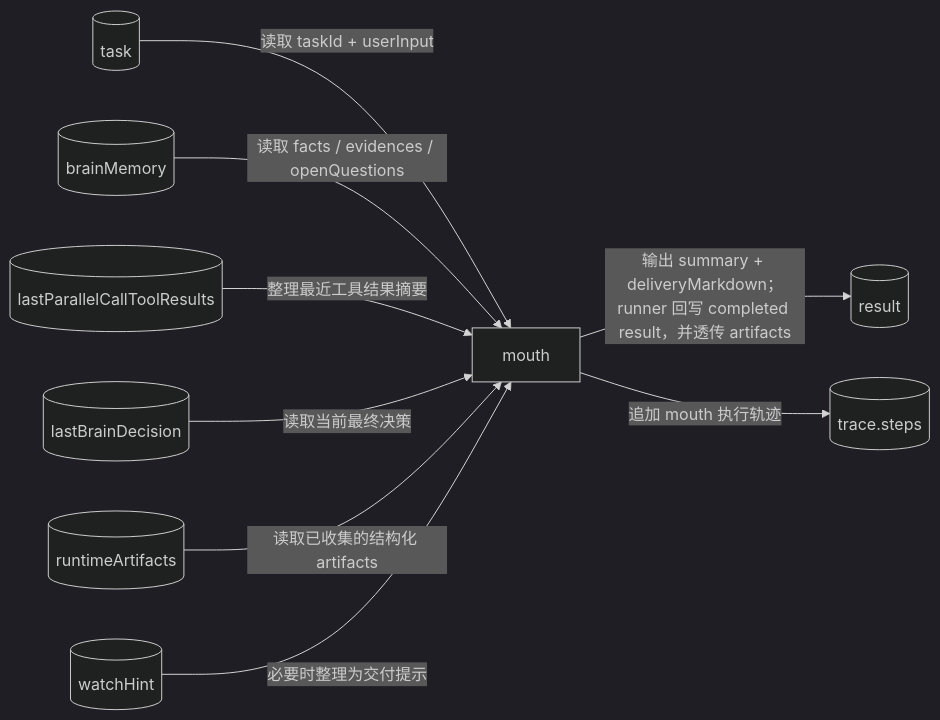
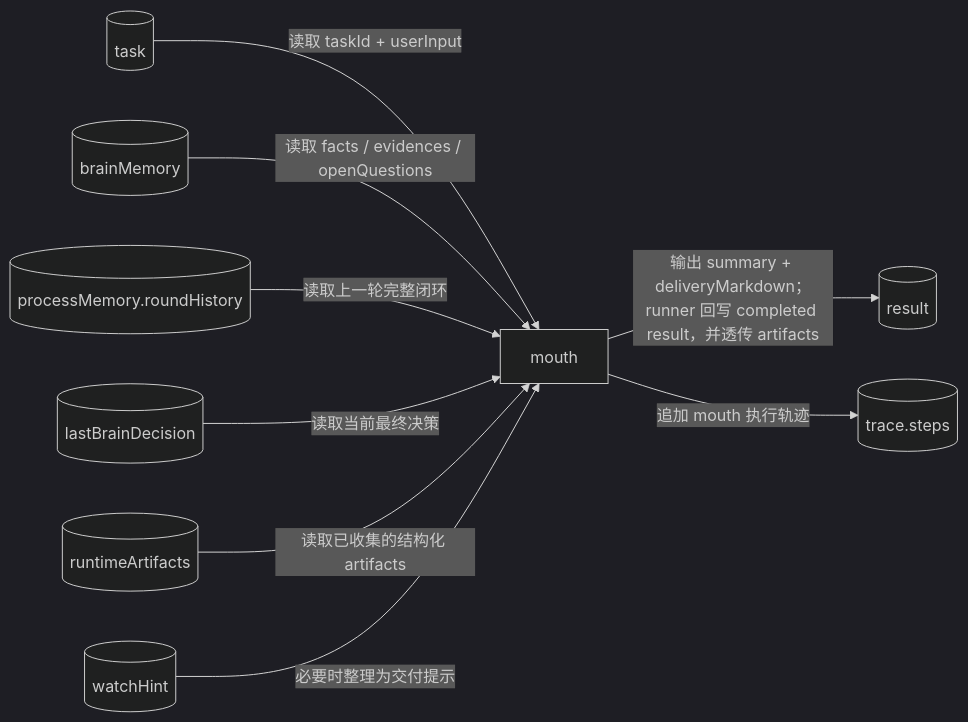
The seventh of 7 diagrams in doc/ai-design/data-definition-and-flow.md (Yoan98/Ncurator), drawn with Mermaid (dark theme) before and after one commit. The commit also changed other lines of this file and 52 other files, not shown here.

Commit message:
Refactor human process memory and history recall flow

````diff
--- a/doc/ai-design/data-definition-and-flow.md
+++ b/doc/ai-design/data-definition-and-flow.md
@@ -639,21 +872,21 @@
 ```mermaid
 flowchart LR
     T[("task")]
     BM[("brainMemory")]
-    LTR[("lastParallelCallToolResults")]
+    PM[("processMemory.roundHistory")]
     LBD[("lastBrainDecision")]
     A[("runtimeArtifacts")]
     WH[("watchHint")]
     M["mouth"]
     R[("result")]
     TR[("trace.steps")]
 
     T -->|读取 taskId + userInput| M
     BM -->|读取 facts / evidences / openQuestions| M
-    LTR -->|整理最近工具结果摘要| M
+    PM -->|读取上一轮完整闭环| M
     LBD -->|读取当前最终决策| M
     A -->|读取已收集的结构化 artifacts| M
     WH -->|必要时整理为交付提示| M
     M -->|输出 summary + deliveryMarkdown；runner 回写 completed result，并透传 artifacts| R
     M -->|追加 mouth 执行轨迹| TR
 ```
````
